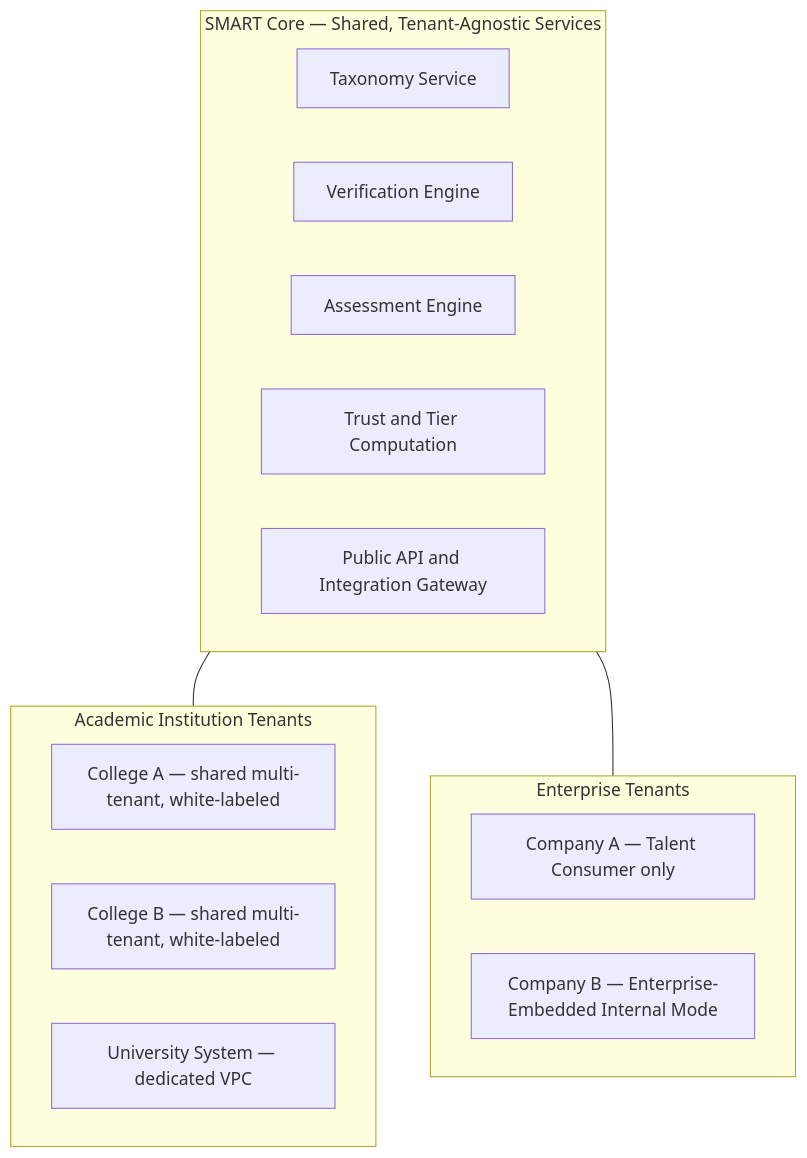
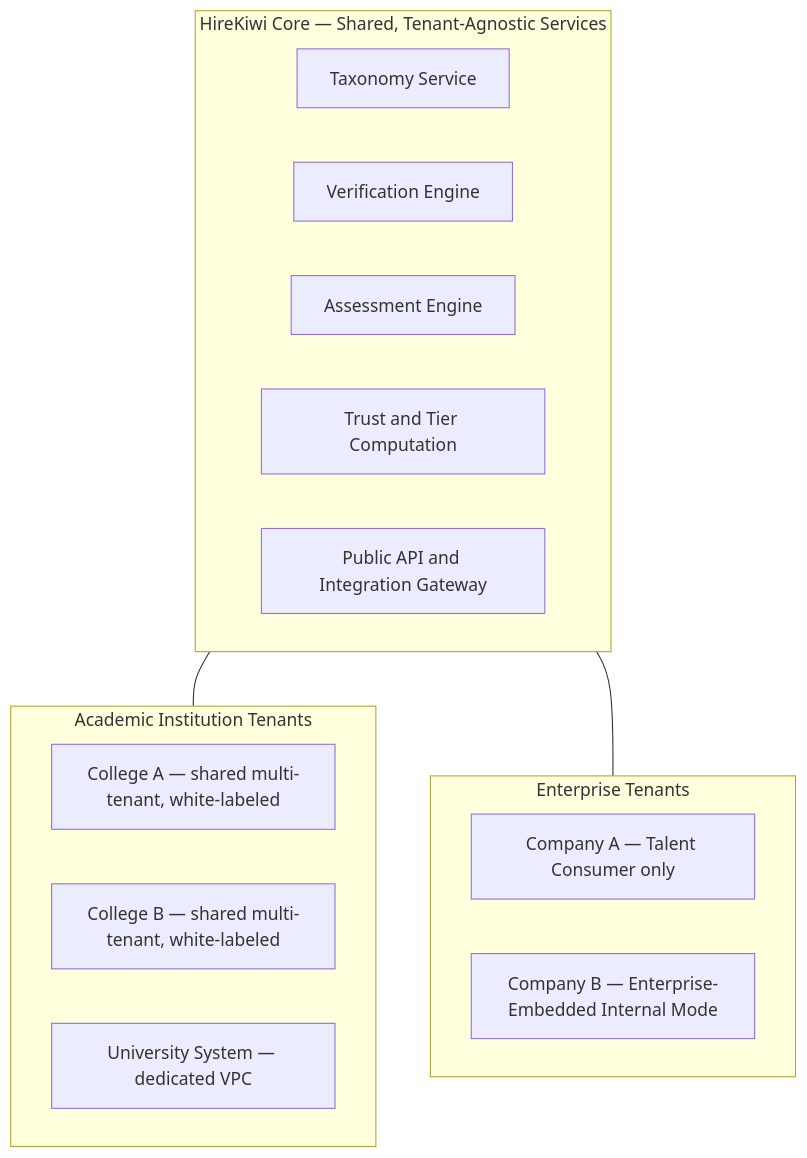
The first of 14 diagrams in apps/web-docs/content/docs/playbooks/HireKiwi_Platform_Playbook.mdx (infinitica-org/HireKiwi), drawn with Mermaid before and after one commit. The commit also changed other lines of this file and 44 other files, not shown here.

First line of the commit message:
refactor(repo): rename SMART product to HireKiwi (8/17)

````diff
--- a/apps/web-docs/content/docs/playbooks/HireKiwi_Platform_Playbook.mdx
+++ b/apps/web-docs/content/docs/playbooks/HireKiwi_Platform_Playbook.mdx
@@ -65,21 +65,21 @@
 ```mermaid
 flowchart TB
-    subgraph Core[SMART Core — Shared, Tenant-Agnostic Services]
+    subgraph Core[HireKiwi Core — Shared, Tenant-Agnostic Services]
         TAX[Taxonomy Service]
         VER[Verification Engine]
         ASM[Assessment Engine]
         TRUST[Trust and Tier Computation]
         API[Public API and Integration Gateway]
     end
     subgraph Academic[Academic Institution Tenants]
         T1[College A — shared multi-tenant, white-labeled]
         T2[College B — shared multi-tenant, white-labeled]
         T3[University System — dedicated VPC]
     end
     subgraph Enterprise[Enterprise Tenants]
         E1[Company A — Talent Consumer only]
         E2[Company B — Enterprise-Embedded Internal Mode]
     end
     Core --- Academic
     Core --- Enterprise
 ```
````
